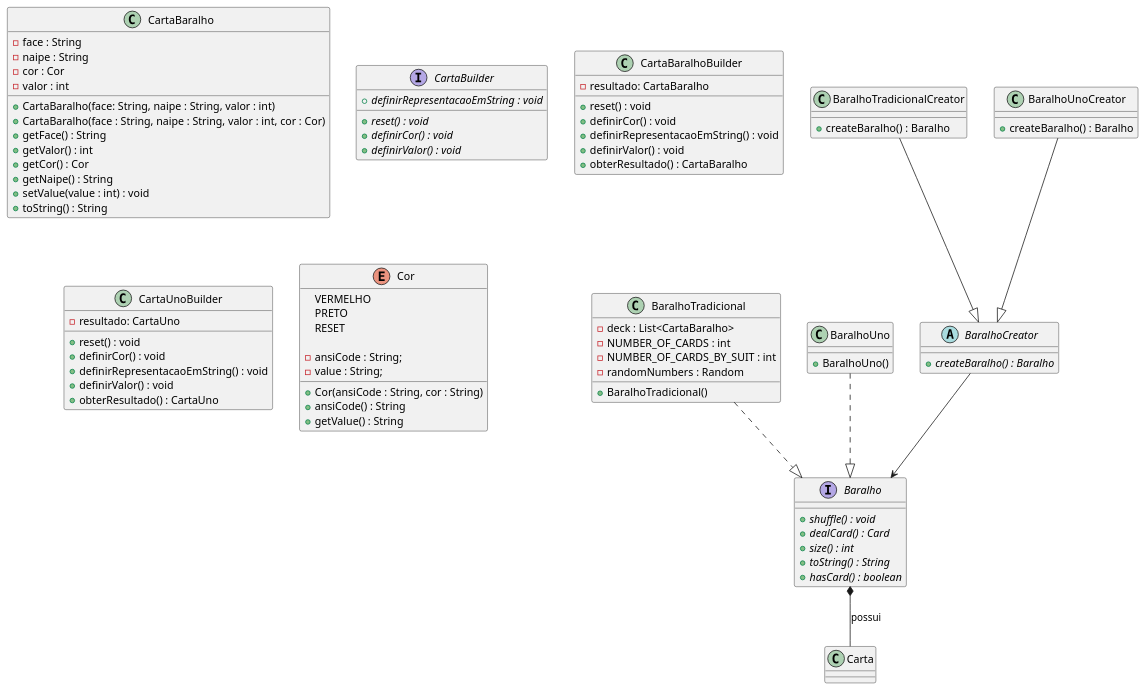
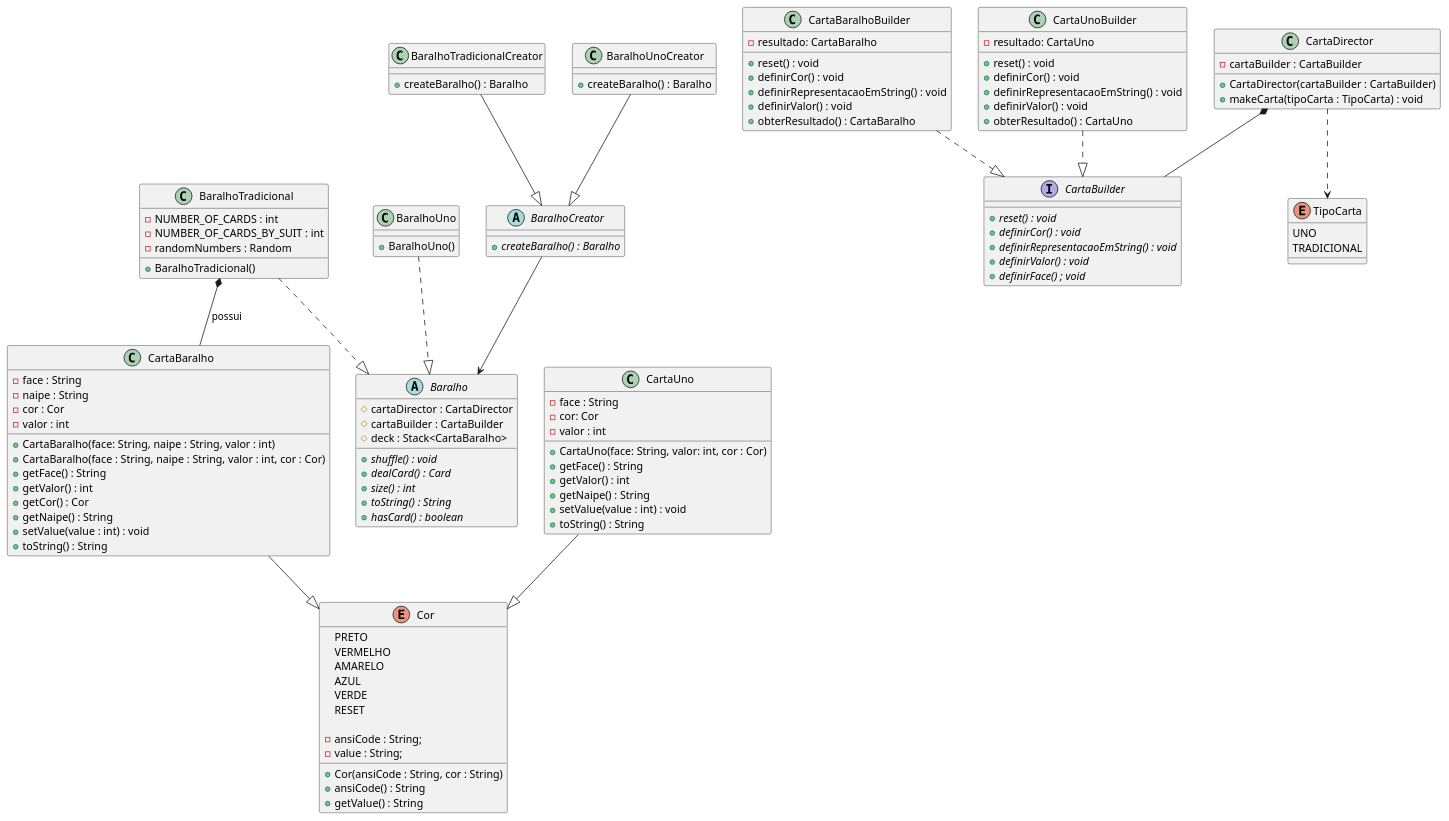
The diagram in docs/diagrama_com_factory.plantuml (yagocdj/Segunda-colaborativa-padroes), drawn with PlantUML before and after one commit. The commit also changed 1 other file, not shown here.

Commit message:
docs: incrementar o diagrama de classes e adiconar notas

```diff
--- a/docs/diagrama_com_factory.plantuml
+++ b/docs/diagrama_com_factory.plantuml
@@ -1,114 +1,154 @@
 @startuml diagrama_com_factory
 
 '--------- Produto ---------------
-interface Baralho {
+abstract class Baralho {
+    # cartaDirector : CartaDirector 
+    # cartaBuilder : CartaBuilder
+    # deck : Stack<CartaBaralho>
+
     + {abstract} shuffle() : void
     + {abstract} dealCard() : Card
     + {abstract} size() : int
     + {abstract} toString() : String
-    + {abstract} hasCard() : boolean
+    + {abstract} hasCard() : boolean    
 }
 
 class BaralhoTradicional {
-    - deck : List<CartaBaralho>
     - NUMBER_OF_CARDS : int
     - NUMBER_OF_CARDS_BY_SUIT : int
     - randomNumbers : Random
 
     + BaralhoTradicional()
 }
 
 class BaralhoUno {
     + BaralhoUno()
 
 }
 
 '------------------------------
 
 '------------Creator-----------
 
 abstract class BaralhoCreator {
     + {abstract} createBaralho() : Baralho
 }
 
 class BaralhoTradicionalCreator {
     + createBaralho() : Baralho
 }
 
 class BaralhoUnoCreator {
     + createBaralho() : Baralho
 }
 
 '-------------------------------
 
 '------------Carta--------------
 class CartaBaralho {
     - face : String
     - naipe : String
     - cor : Cor
     - valor : int
 
     + CartaBaralho(face: String, naipe : String, valor : int)
     + CartaBaralho(face : String, naipe : String, valor : int, cor : Cor)
     + getFace() : String
     + getValor() : int
     + getCor() : Cor
     + getNaipe() : String
     + setValue(value : int) : void
     + toString() : String
 }
 
+class CartaUno {
+    - face : String
+    - cor: Cor
+    - valor : int
+
+    + CartaUno(face: String, valor: int, cor : Cor)
+    + getFace() : String
+    + getValor() : int
+    + getNaipe() : String
+    + setValue(value : int) : void
+    + toString() : String
+}
+
 interface CartaBuilder {
     + {abstract} reset() : void
     + {abstract} definirCor() : void
-    + {abstract} definirRepresentacaoEmString : void
+    + {abstract} definirRepresentacaoEmString() : void
     + {abstract} definirValor() : void
+    + {abstract} definirFace() ; void
 }
 
 class CartaBaralhoBuilder {
     - resultado: CartaBaralho
     
     + reset() : void
     + definirCor() : void
     + definirRepresentacaoEmString() : void
     + definirValor() : void
     + obterResultado() : CartaBaralho
 }
 
 class CartaUnoBuilder {
     - resultado: CartaUno
     
     + reset() : void
     + definirCor() : void
     + definirRepresentacaoEmString() : void
     + definirValor() : void
     + obterResultado() : CartaUno
 }
 
+class CartaDirector {
+    - cartaBuilder : CartaBuilder
+
+    + CartaDirector(cartaBuilder : CartaBuilder)
+    + makeCarta(tipoCarta : TipoCarta) : void
+}
+
+enum TipoCarta{
+    UNO
+    TRADICIONAL
+}
+
 enum Cor {
-	VERMELHO
 	PRETO
+    VERMELHO
+	AMARELO
+    AZUL
+    VERDE
 	RESET
 	
 	- ansiCode : String;
 	- value : String;
 
 	+ Cor(ansiCode : String, cor : String)
 	+ ansiCode() : String
 	+ getValue() : String
 }
 
 '--------------------------------------------------
 
-
 BaralhoTradicional ..|> Baralho
 BaralhoUno ..|> Baralho
 
 BaralhoTradicionalCreator --|> BaralhoCreator
 BaralhoUnoCreator --|> BaralhoCreator
 
 BaralhoCreator --> Baralho
 
-Baralho *-- Carta : "possui"
+BaralhoTradicional *-- CartaBaralho : "possui"
+
+CartaUnoBuilder ..|> CartaBuilder
+CartaBaralhoBuilder ..|> CartaBuilder
+
+CartaBaralho --|> Cor
+CartaUno --|> Cor
+
+CartaDirector *-- CartaBuilder
+CartaDirector ..> TipoCarta
 
 @enduml
```
